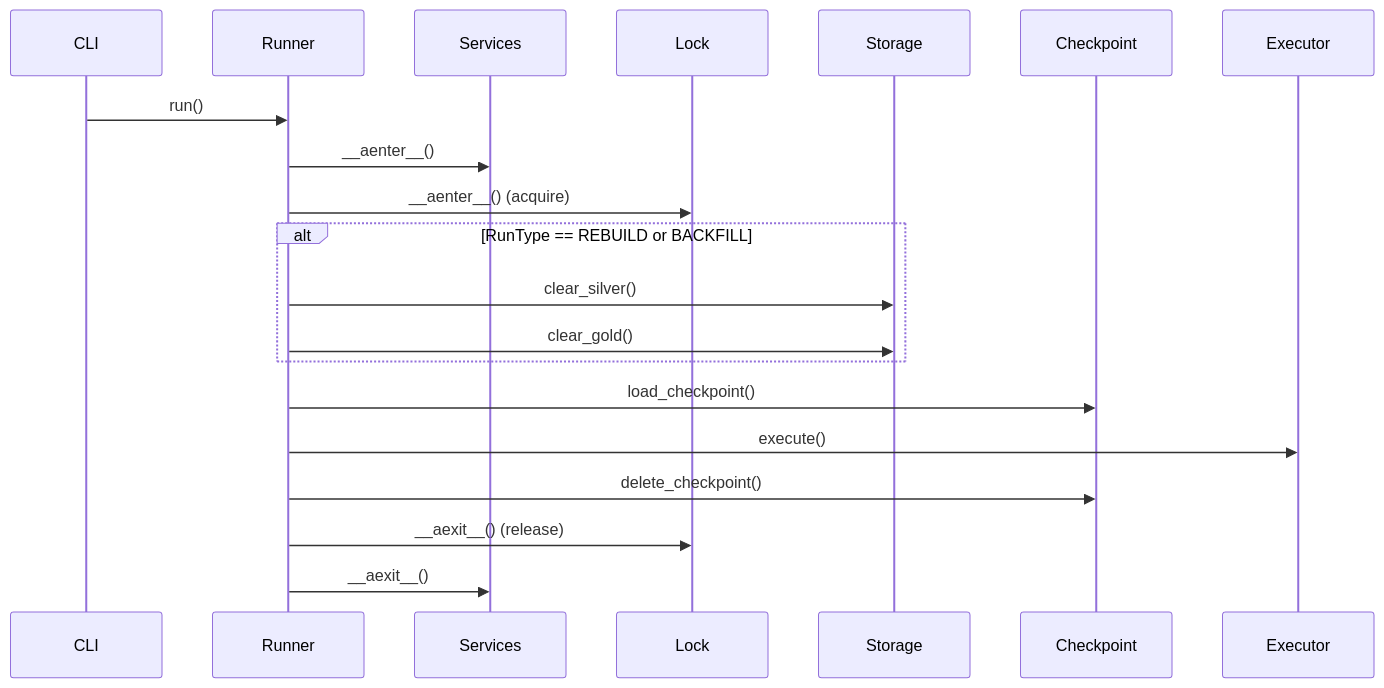
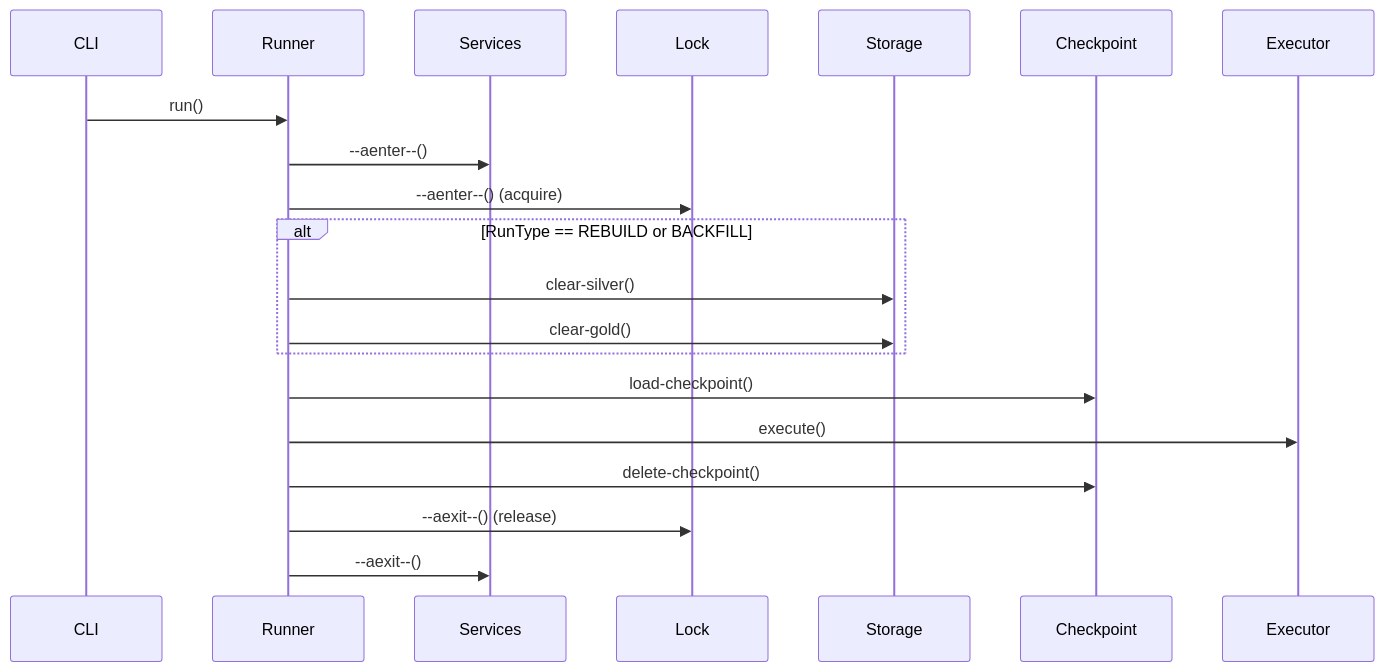
Before and after one commit to SatoryKono/BioactivityDataAcquisition: the first of 2 diagrams in docs/03-guides/pipeline-lifecycle.md, drawn with Mermaid. The commit also changed other lines of this file and 311 other files, not shown here.

````diff
--- a/docs/03-guides/pipeline-lifecycle.md
+++ b/docs/03-guides/pipeline-lifecycle.md
@@ -7,23 +7,23 @@
 ```mermaid
 sequenceDiagram
     participant CLI
     participant Runner
     participant Services
     participant Lock
     participant Storage
     participant Checkpoint
     participant Executor
 
     CLI->>Runner: run()
-    Runner->>Services: __aenter__()
-    Runner->>Lock: __aenter__() (acquire)
+    Runner->>Services: --aenter--()
+    Runner->>Lock: --aenter--() (acquire)
     alt RunType == REBUILD or BACKFILL
-        Runner->>Storage: clear_silver()
-        Runner->>Storage: clear_gold()
+        Runner->>Storage: clear-silver()
+        Runner->>Storage: clear-gold()
     end
-    Runner->>Checkpoint: load_checkpoint()
+    Runner->>Checkpoint: load-checkpoint()
     Runner->>Executor: execute()
-    Runner->>Checkpoint: delete_checkpoint()
-    Runner->>Lock: __aexit__() (release)
-    Runner->>Services: __aexit__()
+    Runner->>Checkpoint: delete-checkpoint()
+    Runner->>Lock: --aexit--() (release)
+    Runner->>Services: --aexit--()
 ```
````
